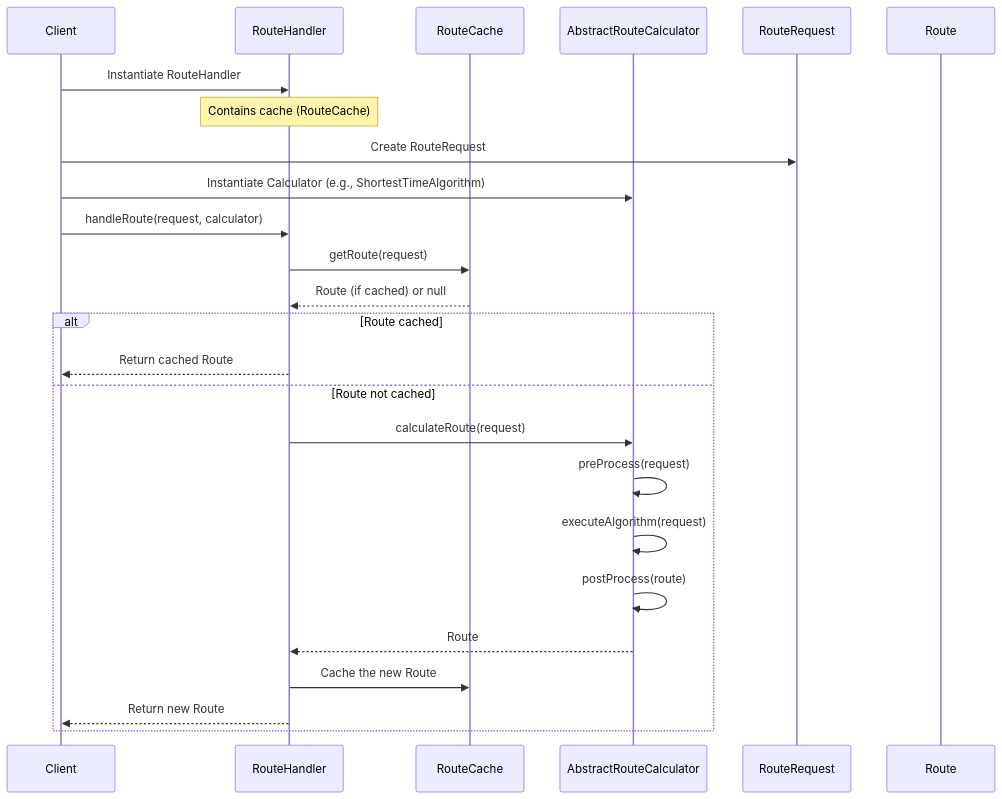
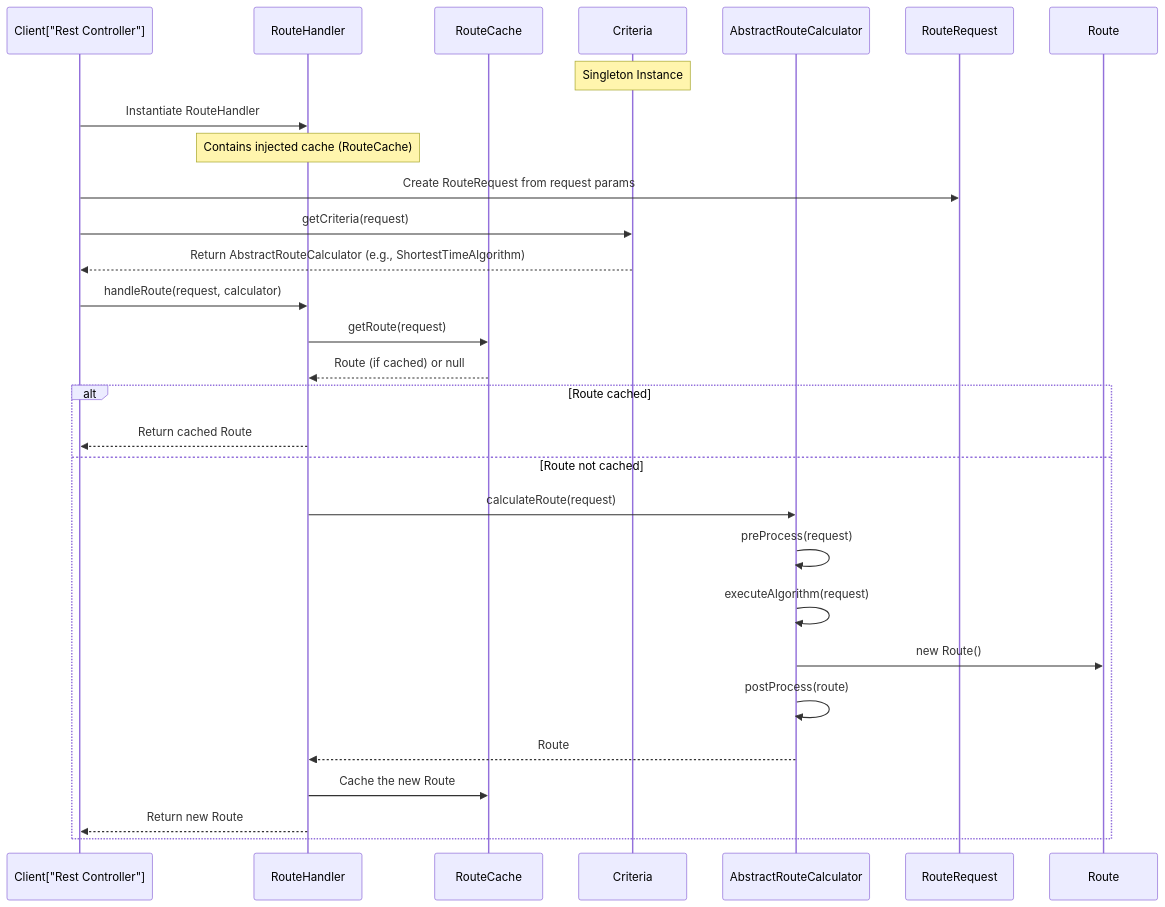
The diagram in Architectural-Decision-Records/imagenes/ADR-003-diagrama-de-secuencia.md (angelo-sanchez/dss-tpe-add), drawn with Mermaid before and after one commit.

Commit message:
Update ADR-003-diagrama-de-secuencia.md
Ajustes en diagrama de secuencia ADR-003

````diff
--- a/Architectural-Decision-Records/imagenes/ADR-003-diagrama-de-secuencia.md
+++ b/Architectural-Decision-Records/imagenes/ADR-003-diagrama-de-secuencia.md
@@ -1,37 +1,37 @@
 ```mermaid
 sequenceDiagram
-    participant Client
+    participant Client["Rest Controller"]
     participant RouteHandler
     participant RouteCache
+    participant Criteria
     participant AbstractRouteCalculator
     participant RouteRequest
     participant Route
+    Note over Criteria: Singleton Instance
+    Client["Rest Controller"]->>RouteHandler: Instantiate RouteHandler
+    Note over RouteHandler: Contains injected cache (RouteCache)
 
-
-    Client->>RouteHandler: Instantiate RouteHandler
-    Note over RouteHandler: Contains cache (RouteCache)
-
-
-    Client->>RouteRequest: Create RouteRequest
-    Client->>AbstractRouteCalculator: Instantiate Calculator (e.g., ShortestTimeAlgorithm)
-    Client->>RouteHandler: handleRoute(request, calculator)
-
+    Client["Rest Controller"]->>RouteRequest: Create RouteRequest from request params
+    Client["Rest Controller"]->>Criteria: getCriteria(request)
+    Criteria-->>Client["Rest Controller"]: Return AbstractRouteCalculator (e.g., ShortestTimeAlgorithm)
+    Client["Rest Controller"]->>RouteHandler: handleRoute(request, calculator)
 
     RouteHandler->>RouteCache: getRoute(request)
     RouteCache-->>RouteHandler: Route (if cached) or null
 
-
     alt Route cached
-        RouteHandler-->>Client: Return cached Route
+        RouteHandler-->>Client["Rest Controller"]: Return cached Route
     else Route not cached
         RouteHandler->>AbstractRouteCalculator: calculateRoute(request)
         AbstractRouteCalculator->>AbstractRouteCalculator: preProcess(request)
         AbstractRouteCalculator->>AbstractRouteCalculator: executeAlgorithm(request)
+        AbstractRouteCalculator->>Route: new Route()
         AbstractRouteCalculator->>AbstractRouteCalculator: postProcess(route)
         AbstractRouteCalculator-->>RouteHandler: Route
 
+        RouteHandler->>RouteCache: Cache the new Route
+        RouteHandler-->>Client["Rest Controller"]: Return new Route
+    end
 
-        RouteHandler->>RouteCache: Cache the new Route
-        RouteHandler-->>Client: Return new Route
-    end
+
 ```
````
